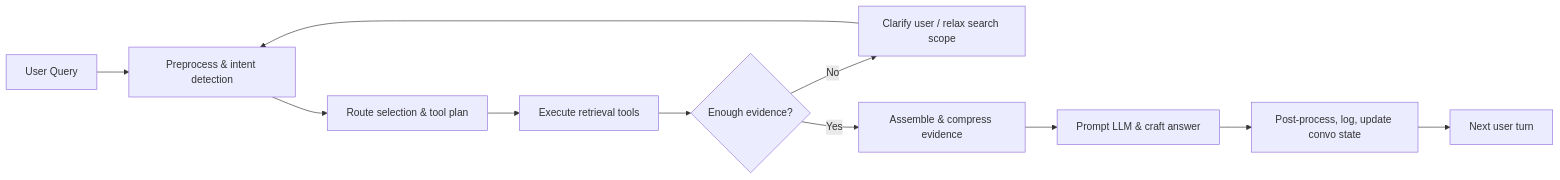
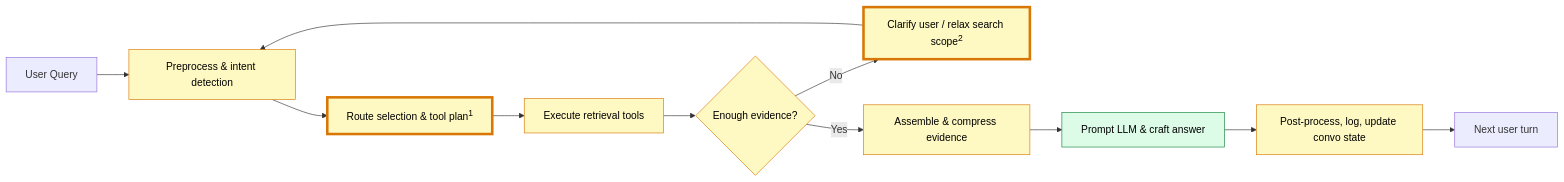
The first of 3 diagrams in docs/architecture/rag_workflow.md (nobody-qwert/zzz_rag_xxx), drawn with Mermaid before and after one commit. The commit also changed other lines of this file, not shown here.

````diff
--- a/docs/architecture/rag_workflow.md
+++ b/docs/architecture/rag_workflow.md
@@ -63,13 +63,22 @@
 ```mermaid
 flowchart LR
     UQ[User Query] --> PRE[Preprocess & intent detection]
-    PRE --> ROUTE[Route selection & tool plan]
+    PRE --> ROUTE[Route selection & tool plan<sup>1</sup>]
     ROUTE --> EXEC[Execute retrieval tools]
     EXEC --> EVAL{Enough evidence?}
-    EVAL -->|No| CLARIFY[Clarify user / relax search scope]
+    EVAL -->|No| CLARIFY[Clarify user / relax search scope<sup>2</sup>]
     CLARIFY --> PRE
     EVAL -->|Yes| BUNDLE[Assemble & compress evidence]
     BUNDLE --> PROMPT[Prompt LLM & craft answer]
     PROMPT --> POST[Post-process, log, update convo state]
     POST --> NEXT[Next user turn]
+
+    style PRE fill:#fef9c3,stroke:#d97706,color:#000
+    style ROUTE fill:#fef9c3,stroke:#d97706,color:#000,stroke-width:4px
+    style EXEC fill:#fef9c3,stroke:#d97706,color:#000
+    style EVAL fill:#fef9c3,stroke:#d97706,color:#000
+    style CLARIFY fill:#fef9c3,stroke:#d97706,color:#000,stroke-width:4px
+    style BUNDLE fill:#fef9c3,stroke:#d97706,color:#000
+    style PROMPT fill:#dcfce7,stroke:#15803d,color:#000
+    style POST fill:#fef9c3,stroke:#d97706,color:#000
 ```
````
